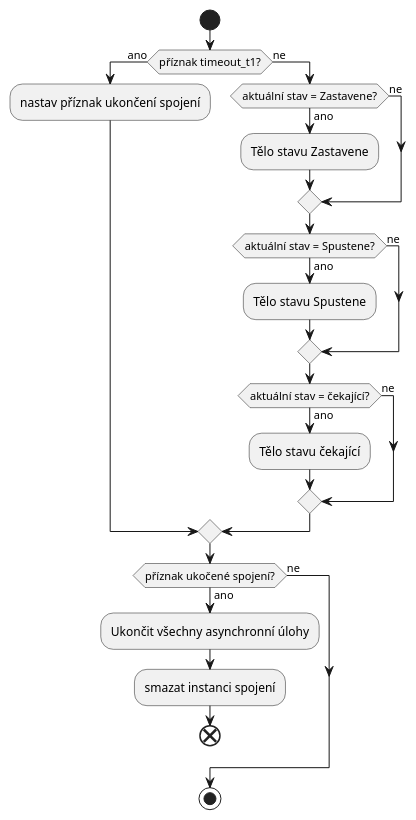
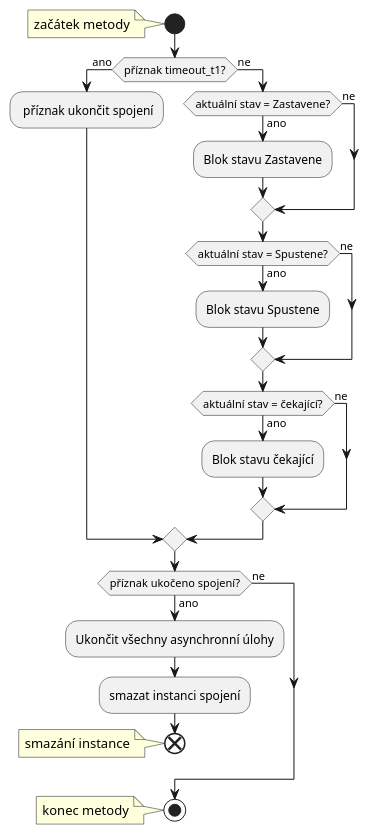
Before and after one commit to SlavekRylich/IEC104: the first of 5 diagrams in IEC104_SERVER/IEC104_v7/diagramy/handle_apdu_state.puml, drawn with PlantUML. The commit also changed other lines of this file and 15 other files, not shown here.

Commit message:
update diagrams

```diff
--- a/IEC104_SERVER/IEC104_v7/diagramy/handle_apdu_state.puml
+++ b/IEC104_SERVER/IEC104_v7/diagramy/handle_apdu_state.puml
@@ -1,27 +1,30 @@
 @startuml
 'States
 start
+note : začátek metody
 if (příznak timeout_t1?) then (ano)
-    :nastav příznak ukončení spojení;
+    : příznak ukončit spojení;
 else (ne)
 if (aktuální stav = Zastavene?) then (ano)
-:Tělo stavu Zastavene;
+:Blok stavu Zastavene;
 else (ne)
 endif
 if (aktuální stav = Spustene?) then (ano)
-:Tělo stavu Spustene;
+:Blok stavu Spustene;
 else (ne)
 endif
 if (aktuální stav = čekající?) then (ano)
-:Tělo stavu čekající;
+:Blok stavu čekající;
 else (ne)
 endif
 endif
-if (příznak ukočené spojení?) then (ano)
+if (příznak ukočeno spojení?) then (ano)
     :Ukončit všechny asynchronní úlohy;
     :smazat instanci spojení;
     end
-else (ne)
+    note : smazání instance
+    else (ne)
 endif
 stop
+note : konec metody
 @enduml
```
